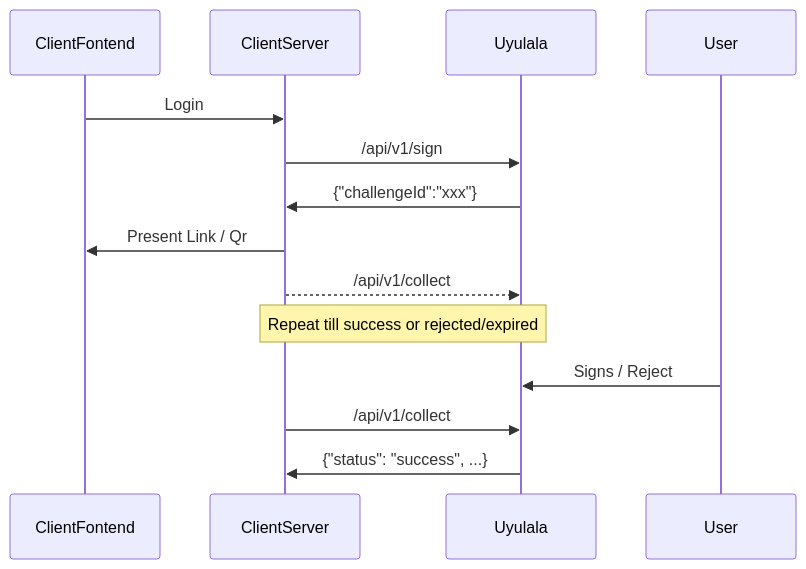
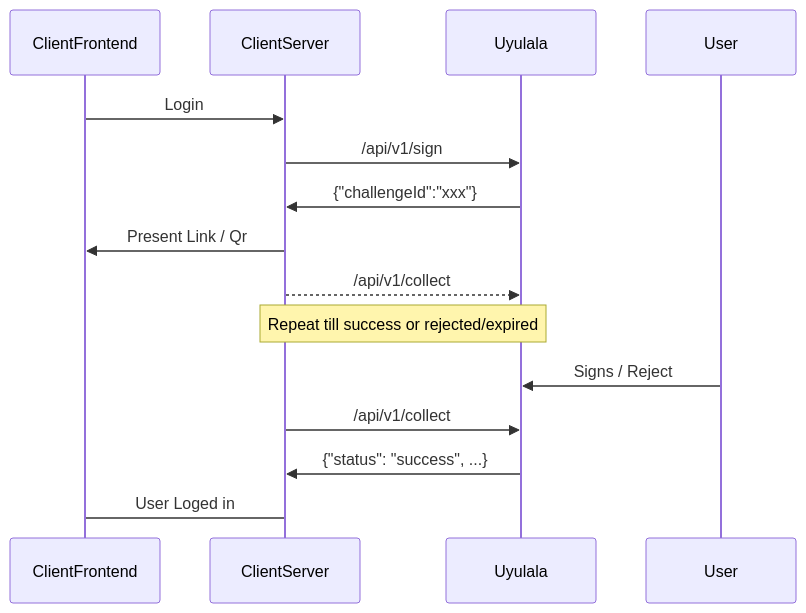
The diagram in README.md (Daedaluz/uyulala), drawn with Mermaid before and after one commit.

Commit message:
Update file README.md

````diff
--- a/README.md
+++ b/README.md
@@ -58,12 +58,13 @@
 ```mermaid
 sequenceDiagram
-  ClientFontend->>ClientServer: Login
+  ClientFrontend->>ClientServer: Login
   ClientServer->>Uyulala: /api/v1/sign
   Uyulala->>ClientServer: {"challengeId":"xxx"}
-  ClientServer->>ClientFontend: Present Link / Qr
+  ClientServer->>ClientFrontend: Present Link / Qr
   ClientServer-->>Uyulala: /api/v1/collect
   Note over ClientServer,Uyulala: Repeat till success or rejected/expired
   User->>Uyulala:  Signs / Reject
   ClientServer->>Uyulala: /api/v1/collect
   Uyulala->>ClientServer: {"status": "success", ...}
+  ClientServer->ClientFrontend: User Loged in
 ```
````
